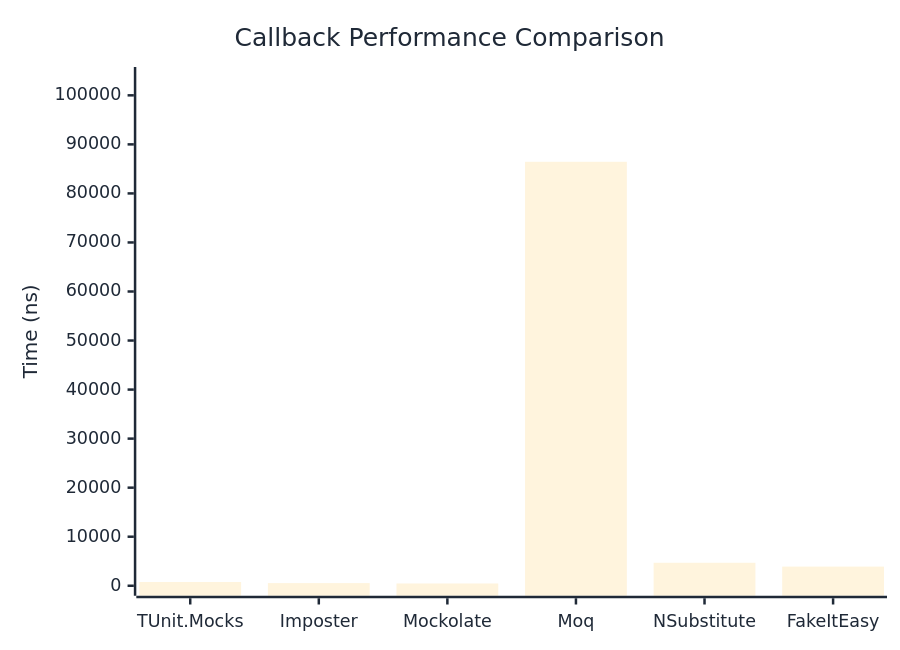
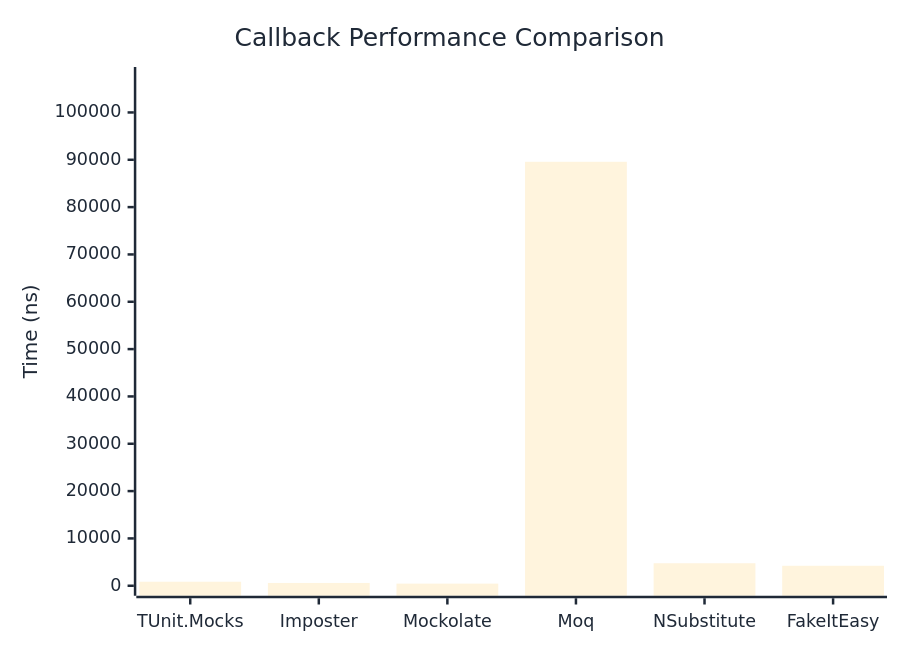
One commit to thomhurst/TUnit changed the first of 2 diagrams in docs/docs/benchmarks/mocks/Callback.md. Above: the diagram before and after it, drawn with Mermaid. The commit also changed other lines of this file and 14 other files, not shown here.

````diff
--- a/docs/docs/benchmarks/mocks/Callback.md
+++ b/docs/docs/benchmarks/mocks/Callback.md
@@ -30,27 +30,27 @@
 ```mermaid
 %%{init: {
   'theme':'base',
   'themeVariables': {
     'primaryColor': '#2563eb',
     'primaryTextColor': '#1f2937',
     'primaryBorderColor': '#1e40af',
     'lineColor': '#6b7280',
     'secondaryColor': '#7c3aed',
     'tertiaryColor': '#dc2626',
     'background': '#ffffff',
     'pie1': '#2563eb',
     'pie2': '#7c3aed',
     'pie3': '#dc2626',
     'pie4': '#f59e0b',
     'pie5': '#10b981',
     'pie6': '#06b6d4',
     'pie7': '#ec4899',
     'pie8': '#6366f1'
   }
 }}%%
 xychart-beta
   title "Callback Performance Comparison"
   x-axis ["TUnit.Mocks", "Imposter", "Mockolate", "Moq", "NSubstitute", "FakeItEasy"]
-  y-axis "Time (ns)" 0 --> 103738
-  bar [766.2, 541.9, 461, 86447.7, 4686.8, 3904.2]
+  y-axis "Time (ns)" 0 --> 107490
+  bar [847.9, 591.2, 451.6, 89574.2, 4755.8, 4220.5]
 ```
````
